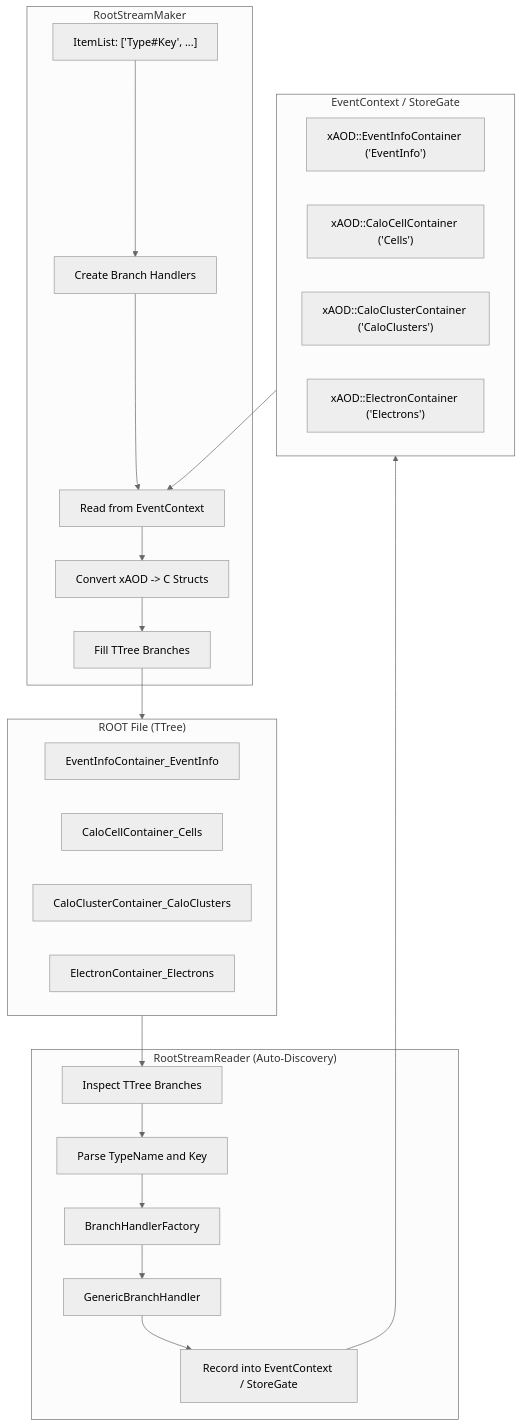
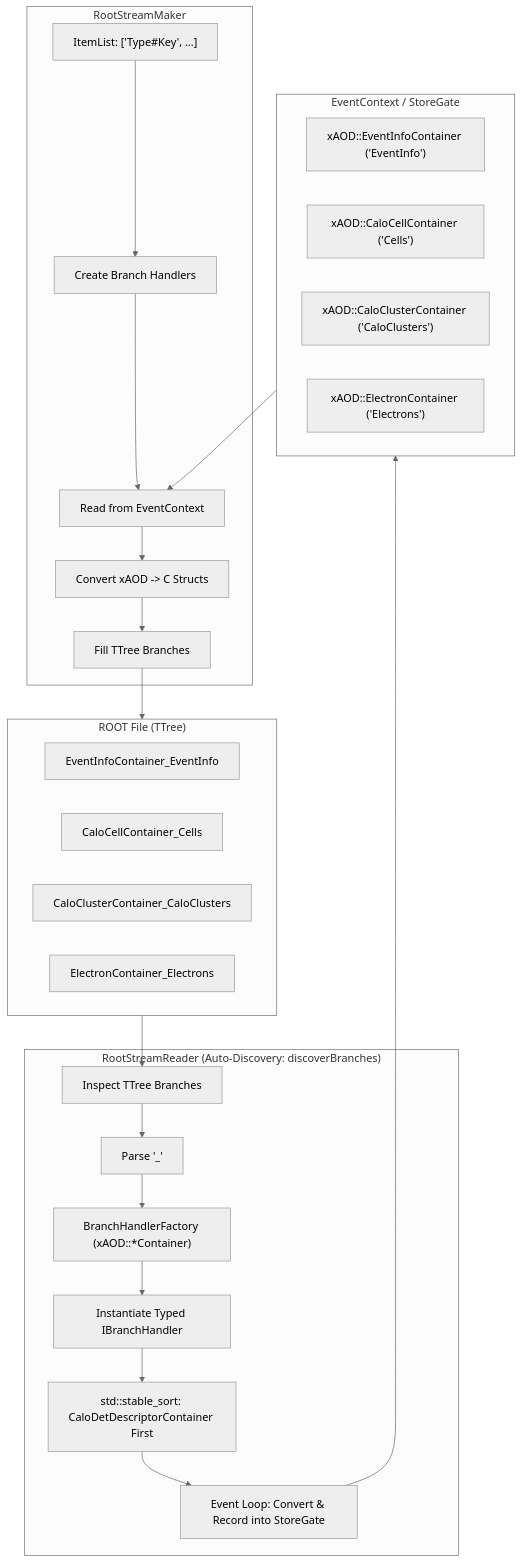
One commit to lordhsdw999-a11y/lorenzetti changed the first of 3 diagrams in reconstruction/io/RootStreamBuilder/README.md. Above: the diagram before and after it, drawn with Mermaid (neutral theme). The commit also changed other lines of this file and 9 other files, not shown here.

````diff
--- a/reconstruction/io/RootStreamBuilder/README.md
+++ b/reconstruction/io/RootStreamBuilder/README.md
@@ -14,35 +14,36 @@
 ```mermaid
 graph TD
     subgraph Storage ["ROOT File (TTree)"]
         B1["EventInfoContainer_EventInfo"]
         B2["CaloCellContainer_Cells"]
         B3["CaloClusterContainer_CaloClusters"]
         B4["ElectronContainer_Electrons"]
     end
 
-    subgraph Reading ["RootStreamReader (Auto-Discovery)"]
-        Inspect["Inspect TTree Branches"] --> Parse["Parse TypeName and Key"]
-        Parse --> Factory["BranchHandlerFactory"]
-        Factory --> Handler["GenericBranchHandler<Container, Struct, Converter>"]
-        Handler --> SG_Record["Record into EventContext / StoreGate"]
+    subgraph Reading ["RootStreamReader (Auto-Discovery: discoverBranches)"]
+        Inspect["Inspect TTree Branches"] --> Parse["Parse '<TypeName>_<Key>'"]
+        Parse --> Factory["BranchHandlerFactory (xAOD::*Container)"]
+        Factory --> Handler["Instantiate Typed IBranchHandler"]
+        Handler --> Sort["std::stable_sort: CaloDetDescriptorContainer First"]
+        Sort --> SG_Record["Event Loop: Convert & Record into StoreGate"]
     end
 
     subgraph Memory ["EventContext / StoreGate"]
         C1["xAOD::EventInfoContainer ('EventInfo')"]
         C2["xAOD::CaloCellContainer ('Cells')"]
         C3["xAOD::CaloClusterContainer ('CaloClusters')"]
         C4["xAOD::ElectronContainer ('Electrons')"]
     end
 
     subgraph Writing ["RootStreamMaker"]
         ItemList["ItemList: ['Type#Key', ...]"] --> MakeHandler["Create Branch Handlers"]
         MakeHandler --> SG_Read["Read from EventContext"]
         SG_Read --> Convert["Convert xAOD -> C Structs"]
         Convert --> FillTree["Fill TTree Branches"]
     end
 
     Storage --> Inspect
     SG_Record --> Memory
     Memory --> SG_Read
     FillTree --> Storage
 ```
````
